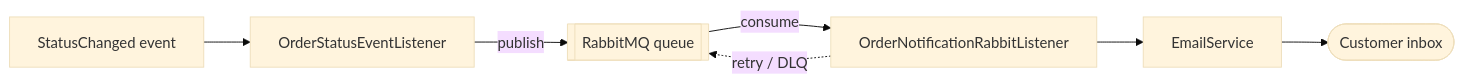
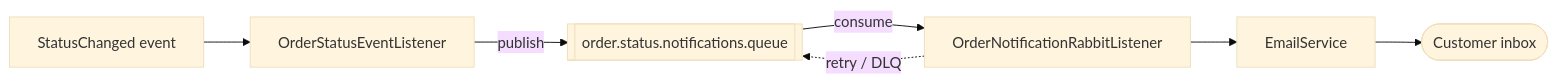
The second of 2 diagrams in README.md (ronybrand/spring-order-api), drawn with Mermaid (base theme) before and after one commit. The commit also changed other lines of this file, not shown here.

First line of the commit message:
docs(readme): correct request flow diagram and document PII masking

````diff
--- a/README.md
+++ b/README.md
@@ -25,5 +25,5 @@
 ```mermaid
 flowchart LR
-    Event[StatusChanged event] --> Listener[OrderStatusEventListener] -->|publish| Queue[[RabbitMQ queue]] -->|consume| Consumer[OrderNotificationRabbitListener] --> Email[EmailService] --> Customer([Customer inbox])
+    Event[StatusChanged event] --> Listener[OrderStatusEventListener] -->|publish| Queue[[order.status.notifications.queue]] -->|consume| Consumer[OrderNotificationRabbitListener] --> Email[EmailService] --> Customer([Customer inbox])
     Consumer -.->|retry / DLQ| Queue
 ```
````
